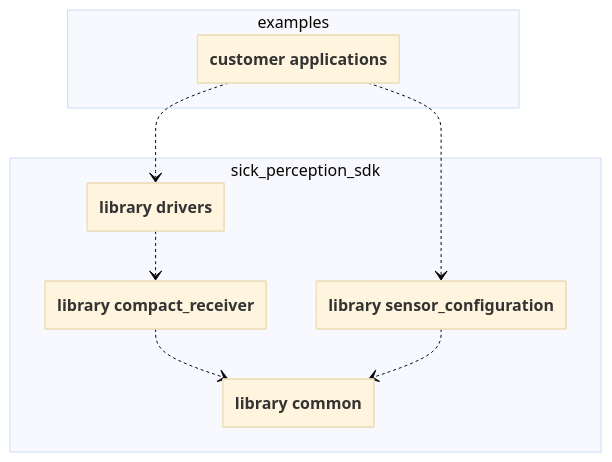
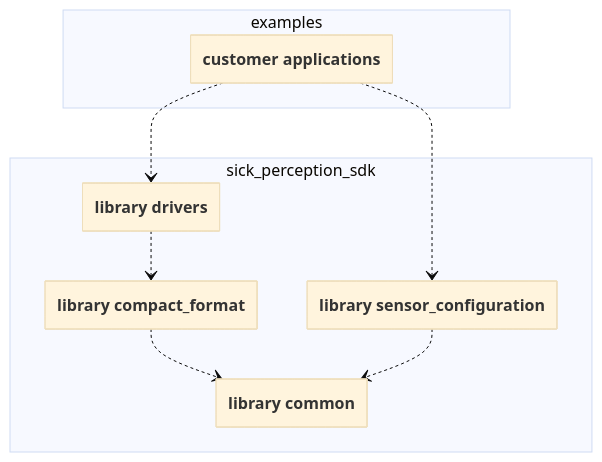
Before and after one commit to gschwsiSICKAG/sick_perception_sdk_releases: the second of 7 diagrams in README.md, drawn with Mermaid (base theme). The commit also changed other lines of this file and 680 other files, not shown here.

````diff
--- a/README.md
+++ b/README.md
@@ -359,24 +369,24 @@
 ```mermaid
 ---
 config:
   class:
     hideEmptyMembersBox: true
 ---
 classDiagram
   namespace sick_perception_sdk {
     class common["library common"]
-    class compact_receiver["library compact_receiver"]
+    class compact_format["library compact_format"]
     class drivers["library drivers"]
     class sensor_configuration["library sensor_configuration"]
   }
 
   namespace examples {
     class application["customer applications"]
   }
 
-  compact_receiver ..> common
-  drivers ..> compact_receiver
+  compact_format ..> common
+  drivers ..> compact_format
   sensor_configuration ..> common
   application ..> drivers
   application ..> sensor_configuration
 ```
````
